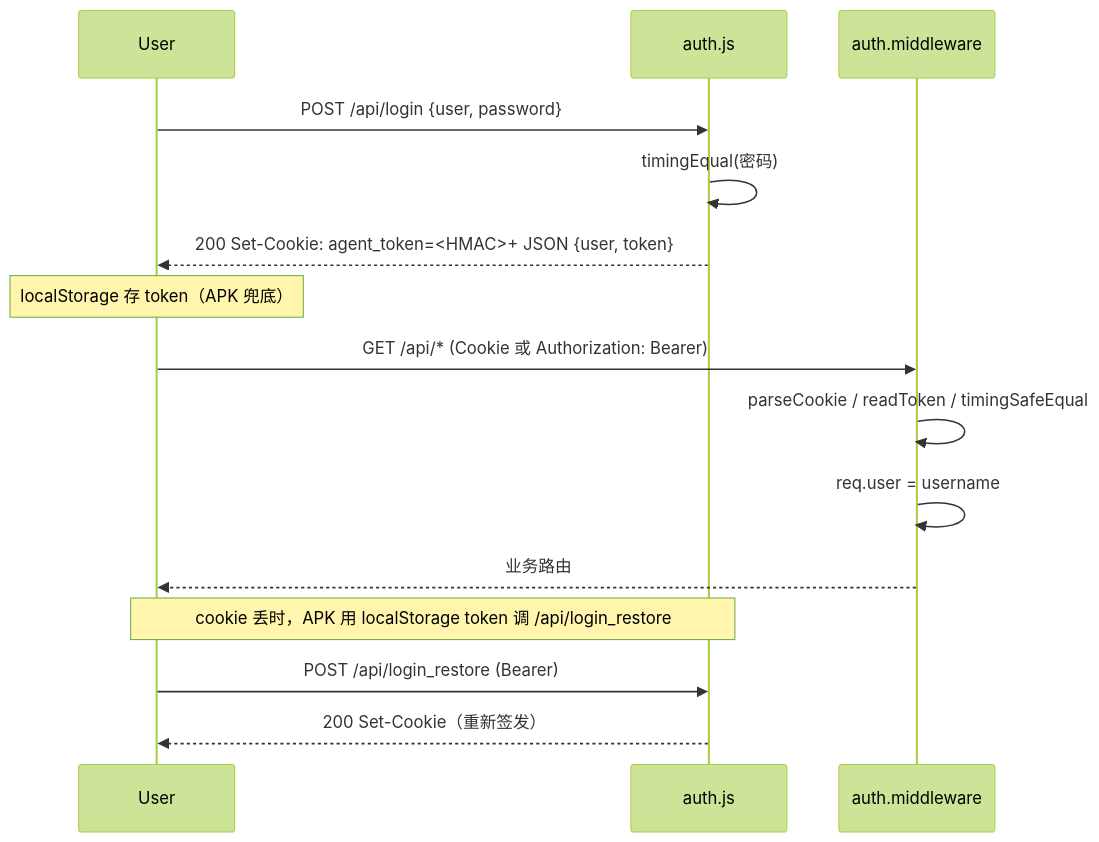
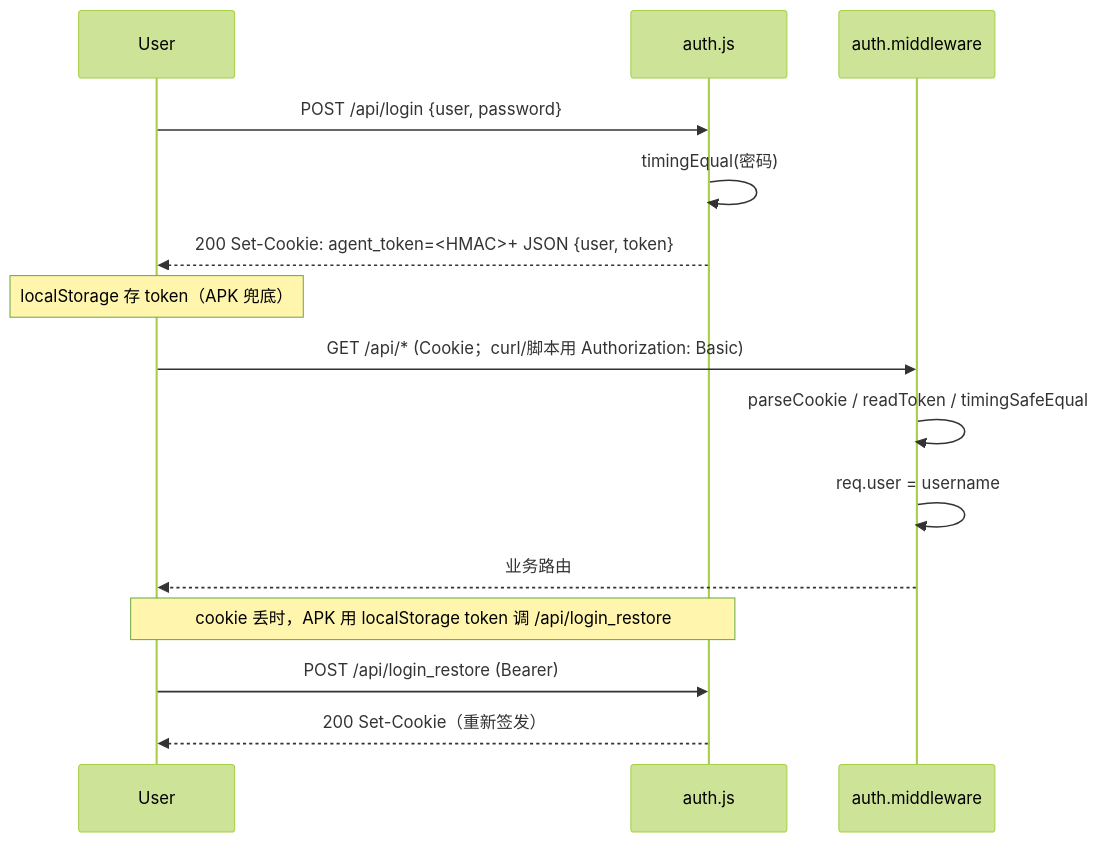
The fifth of 5 diagrams in docs/ARCHITECTURE.md (kicer/agent), drawn with Mermaid (forest theme) before and after one commit. The commit also changed other lines of this file and 3 other files, not shown here.

First line of the commit message:
修复：多标签页切号后 /api/me 与会话列表用户不一致（身份统一 cookie 优先）

````diff
--- a/docs/ARCHITECTURE.md
+++ b/docs/ARCHITECTURE.md
@@ -502,18 +502,18 @@
 ```mermaid
 sequenceDiagram
     participant U as User
     participant A as auth.js
     participant M as auth.middleware
 
     U->>A: POST /api/login {user, password}
     A->>A: timingEqual(密码)
     A-->>U: 200 Set-Cookie: agent_token=<HMAC>+ JSON {user, token}
     Note over U: localStorage 存 token（APK 兜底）
-    U->>M: GET /api/* (Cookie 或 Authorization: Bearer)
+    U->>M: GET /api/* (Cookie；curl/脚本用 Authorization: Basic)
     M->>M: parseCookie / readToken / timingSafeEqual
     M->>M: req.user = username
     M-->>U: 业务路由
     Note over U,A: cookie 丢时，APK 用 localStorage token 调 /api/login_restore
     U->>A: POST /api/login_restore (Bearer)
     A-->>U: 200 Set-Cookie（重新签发）
 ```
````
